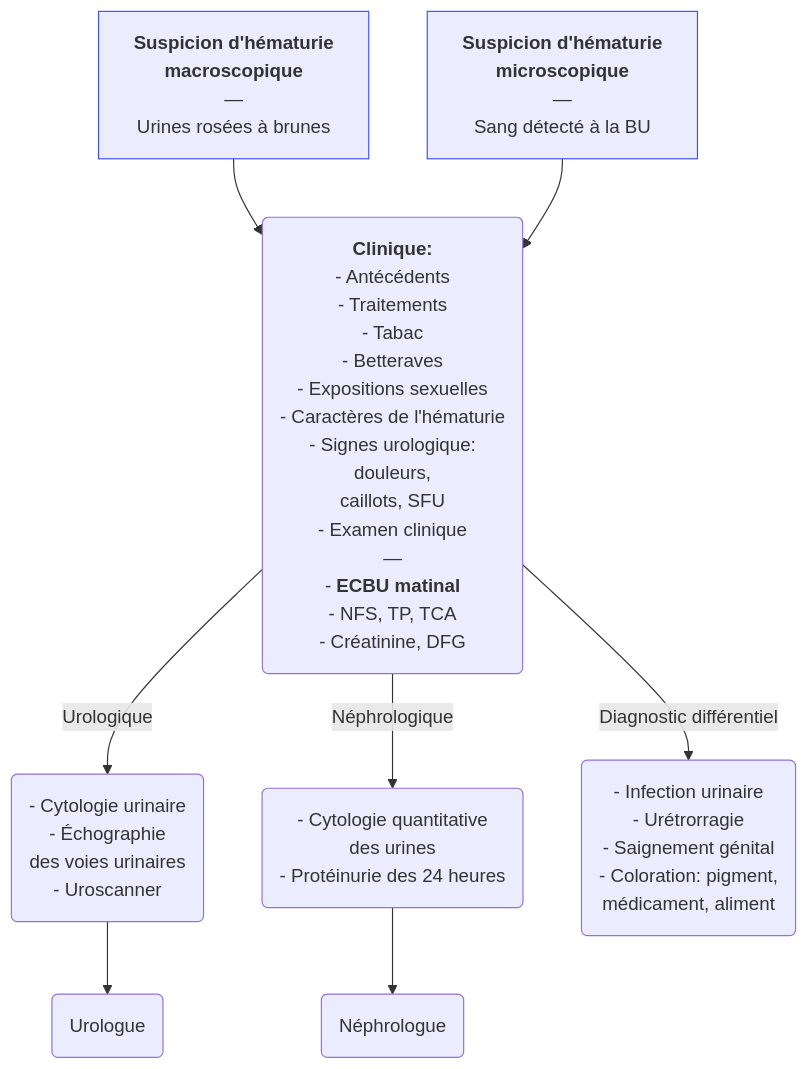
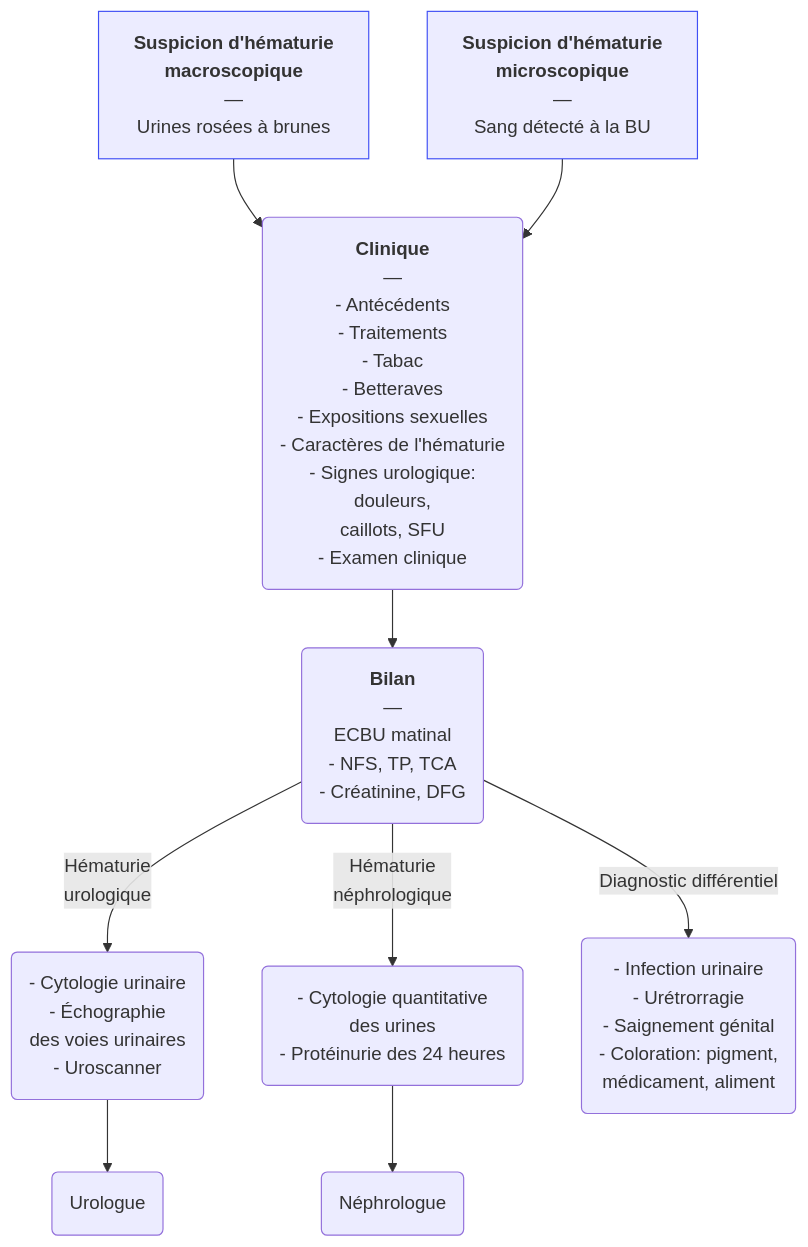
One commit to djibe/recommandations-medicales changed the diagram in content/recommandations/hematurie.md. Above: the diagram before and after it, drawn with Mermaid. The commit also changed other lines of this file and 7 other files, not shown here.

```diff
--- a/content/recommandations/hematurie.md
+++ b/content/recommandations/hematurie.md
@@ -213,10 +216,10 @@
 {{< mermaid title="Prise en charge d'une hématurie par le médecin généraliste. Dr JB Fron d'après Collèges" >}}
 graph TB
-  macroscopique["<b>Suspicion d'hématurie<br>macroscopique</b><br>—<br>Urines rosées à brunes"] --> ECBU("<b>Clinique:</b><br>- Antécédents<br>- Traitements<br>- Tabac<br>- Betteraves<br>- Expositions sexuelles<br>- Caractères de l'hématurie<br>- Signes urologique:<br>douleurs,<br>caillots, SFU<br>- Examen clinique<br>—<br>- <b>ECBU matinal</b><br>- NFS, TP, TCA<br>- Créatinine, DFG") -- Urologique --> urologique("- Cytologie urinaire<br>- Échographie<br>des voies urinaires<br>- Uroscanner") --> urologue(Urologue)
-    ECBU -- Néphrologique --> néphrologique("- Cytologie quantitative<br>des urines<br>- Protéinurie des 24 heures
+  macroscopique["<b>Suspicion d'hématurie<br>macroscopique</b><br>—<br>Urines rosées à brunes"] --> clinique("<b>Clinique</b><br>—<br>- Antécédents<br>- Traitements<br>- Tabac<br>- Betteraves<br>- Expositions sexuelles<br>- Caractères de l'hématurie<br>- Signes urologique:<br>douleurs,<br>caillots, SFU<br>- Examen clinique") --> bilan("<b>Bilan</b><br>—<br>ECBU matinal<br>- NFS, TP, TCA<br>- Créatinine, DFG") -- "Hématurie<br>urologique" --> urologique("- Cytologie urinaire<br>- Échographie<br>des voies urinaires<br>- Uroscanner") --> urologue(Urologue)
+    bilan -- "Hématurie<br>néphrologique" --> néphrologique("- Cytologie quantitative<br>des urines<br>- Protéinurie des 24 heures
 ") --> néphrologue(Néphrologue)
-  microscopique["<b>Suspicion d'hématurie<br>microscopique</b><br>—<br>Sang détecté à la BU"] --> ECBU
-    ECBU -- Diagnostic différentiel --> différentiel("- Infection urinaire<br>- Urétrorragie<br>- Saignement génital<br>- Coloration: pigment,<br>médicament, aliment")
+  microscopique["<b>Suspicion d'hématurie<br>microscopique</b><br>—<br>Sang détecté à la BU"] --> clinique
+    bilan -- Diagnostic différentiel --> différentiel("- Infection urinaire<br>- Urétrorragie<br>- Saignement génital<br>- Coloration: pigment,<br>médicament, aliment")
   style macroscopique stroke:#4150f5, stroke-width:1px
   style microscopique stroke:#4150f5, stroke-width:1px
 {{< /mermaid >}}
```
